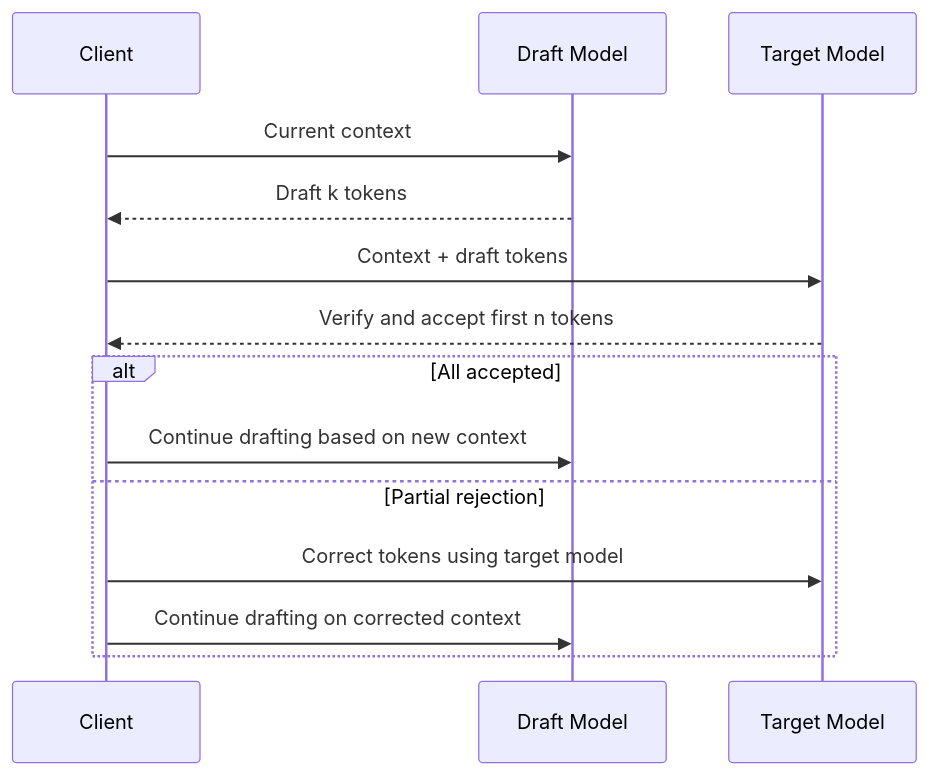
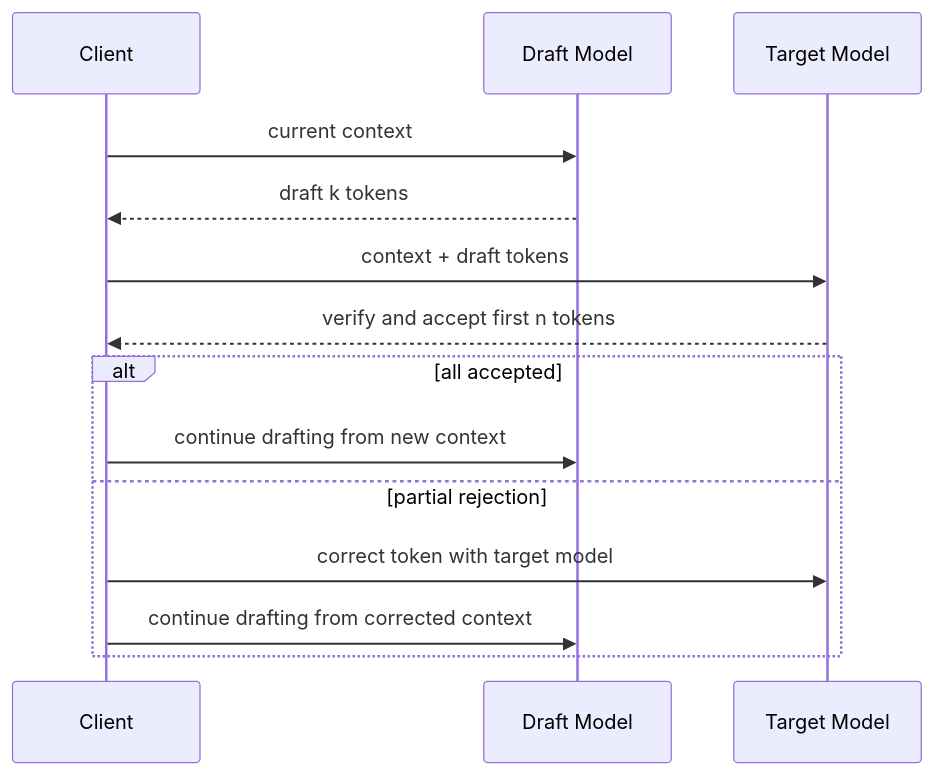
One commit to datagallery-lab/enterprise_agent_platform_engineering changed the second of 2 diagrams in docs/part02-model-inference/en/ch07.md. Above: the diagram before and after it, drawn with Mermaid. The commit also changed other lines of this file and 66 other files, not shown here.

````diff
--- a/docs/part02-model-inference/en/ch07.md
+++ b/docs/part02-model-inference/en/ch07.md
@@ -168,17 +153,17 @@
 ```mermaid
 sequenceDiagram
     participant C as Client
     participant D as Draft Model
     participant T as Target Model
 
-    C->>D: Current context
-    D-->>C: Draft k tokens
-    C->>T: Context + draft tokens
-    T-->>C: Verify and accept first n tokens
-    alt All accepted
-        C->>D: Continue drafting based on new context
-    else Partial rejection
-        C->>T: Correct tokens using target model
-        C->>D: Continue drafting on corrected context
+    C->>D: current context
+    D-->>C: draft k tokens
+    C->>T: context + draft tokens
+    T-->>C: verify and accept first n tokens
+    alt all accepted
+        C->>D: continue drafting from new context
+    else partial rejection
+        C->>T: correct token with target model
+        C->>D: continue drafting from corrected context
     end
 ```
````
